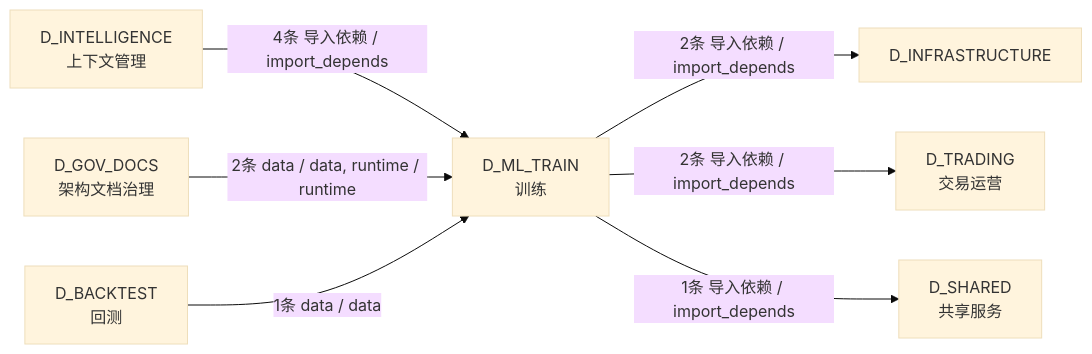
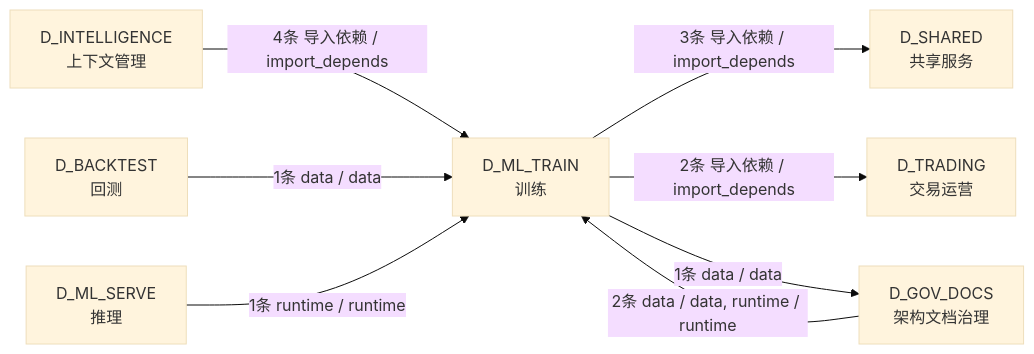
One commit to xuanFelixVan/ZephyrAlpha changed the fourth of 4 diagrams in docs/02_enterprise_architecture/02_domain_architecture_docs/50_d_ml_train.md. Above: the diagram before and after it, drawn with Mermaid (base theme). The commit also changed other lines of this file and 99 other files, not shown here.

````diff
--- a/docs/02_enterprise_architecture/02_domain_architecture_docs/50_d_ml_train.md
+++ b/docs/02_enterprise_architecture/02_domain_architecture_docs/50_d_ml_train.md
@@ -195,16 +203,17 @@
 ```mermaid
 graph LR
     D_ML_TRAIN["D_ML_TRAIN<br/>训练"]
-    D_INFRASTRUCTURE["D_INFRASTRUCTURE"]
+    D_SHARED["D_SHARED<br/>共享服务"]
     D_TRADING["D_TRADING<br/>交易运营"]
-    D_SHARED["D_SHARED<br/>共享服务"]
+    D_GOV_DOCS["D_GOV_DOCS<br/>架构文档治理"]
     D_INTELLIGENCE["D_INTELLIGENCE<br/>上下文管理"]
-    D_GOV_DOCS["D_GOV_DOCS<br/>架构文档治理"]
     D_BACKTEST["D_BACKTEST<br/>回测"]
-    D_ML_TRAIN -->|2条 导入依赖 / import_depends| D_INFRASTRUCTURE
+    D_ML_SERVE["D_ML_SERVE<br/>推理"]
+    D_ML_TRAIN -->|3条 导入依赖 / import_depends| D_SHARED
     D_ML_TRAIN -->|2条 导入依赖 / import_depends| D_TRADING
-    D_ML_TRAIN -->|1条 导入依赖 / import_depends| D_SHARED
+    D_ML_TRAIN -->|1条 data / data| D_GOV_DOCS
     D_INTELLIGENCE -->|4条 导入依赖 / import_depends| D_ML_TRAIN
     D_GOV_DOCS -->|2条 data / data, runtime / runtime| D_ML_TRAIN
     D_BACKTEST -->|1条 data / data| D_ML_TRAIN
+    D_ML_SERVE -->|1条 runtime / runtime| D_ML_TRAIN
 ```
````
